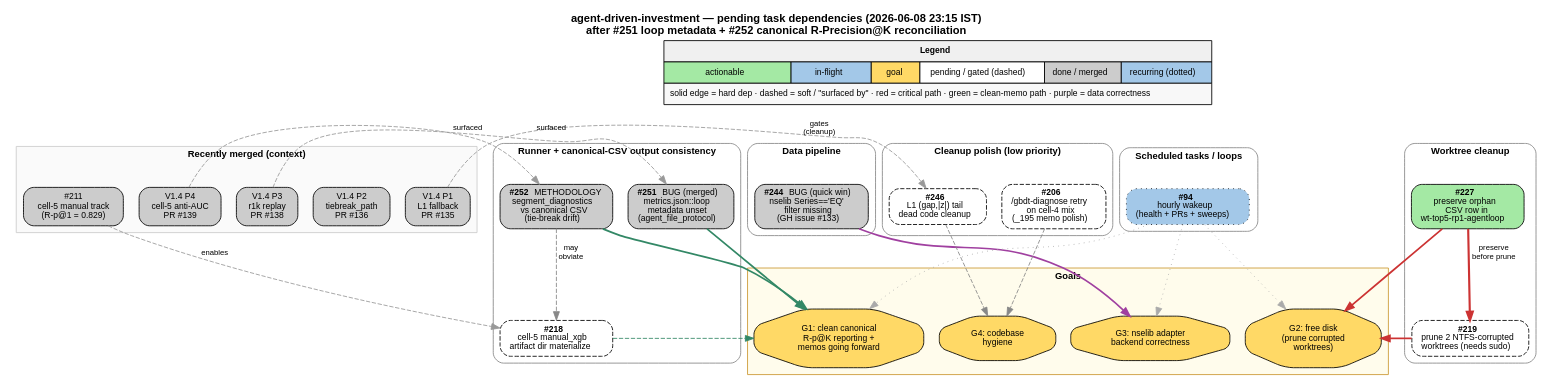
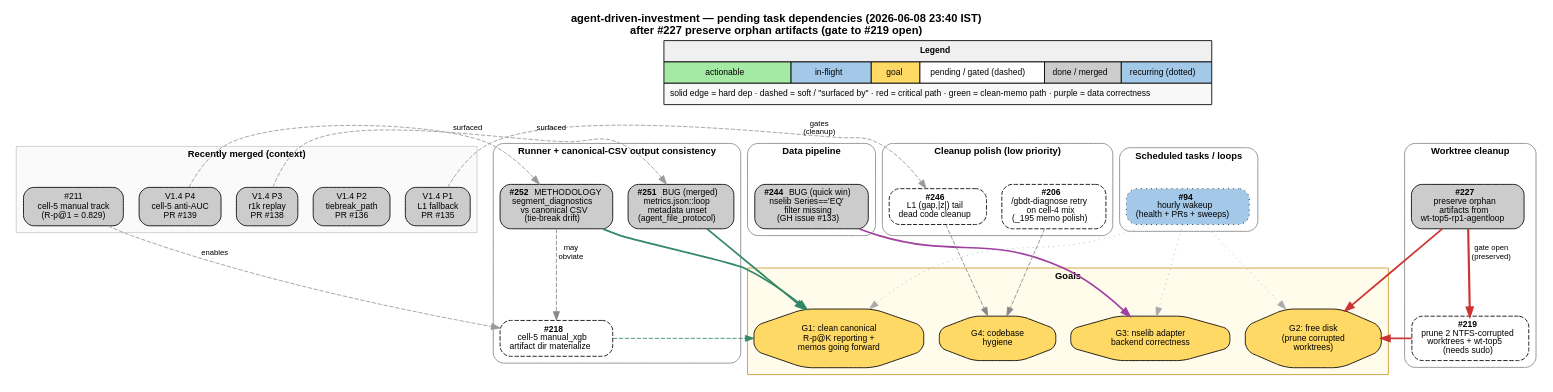
The diagram in docs/task_dependencies.dot (shayanrc/agent-driven-investment), drawn with Graphviz before and after one commit. The commit also changed 215 other files, not shown here.

```diff
--- a/docs/task_dependencies.dot
+++ b/docs/task_dependencies.dot
@@ -1,153 +1,153 @@
 digraph tasks {
   rankdir=TB;
   fontname="Helvetica";
   bgcolor="white";
   node [fontname="Helvetica", fontsize=10, shape=box, style="rounded,filled", margin="0.15,0.08"];
   edge [fontname="Helvetica", fontsize=9];
-  graph [labelloc="t", label="agent-driven-investment — pending task dependencies (2026-06-08 23:15 IST)\nafter #251 loop metadata + #252 canonical R-Precision@K reconciliation", fontsize=13, fontname="Helvetica-Bold"];
+  graph [labelloc="t", label="agent-driven-investment — pending task dependencies (2026-06-08 23:40 IST)\nafter #227 preserve orphan artifacts (gate to #219 open)", fontsize=13, fontname="Helvetica-Bold"];
 
   // Legend in isolated top rank
   {
     rank=source;
     legend [shape=none, margin=0, label=<
       <TABLE BORDER="0" CELLBORDER="1" CELLSPACING="0" CELLPADDING="6">
         <TR><TD COLSPAN="6" BGCOLOR="#f0f0f0"><B>Legend</B></TD></TR>
         <TR>
           <TD BGCOLOR="#a4e9a4">actionable</TD>
           <TD BGCOLOR="#a3c8e8">in-flight</TD>
           <TD BGCOLOR="#ffd966">goal</TD>
           <TD BGCOLOR="#ffffff">pending / gated (dashed)</TD>
           <TD BGCOLOR="#cccccc">done / merged</TD>
           <TD BGCOLOR="#a3c8e8">recurring (dotted)</TD>
         </TR>
         <TR><TD COLSPAN="6" BGCOLOR="#f8f8f8">solid edge = hard dep · dashed = soft / "surfaced by" · red = critical path · green = clean-memo path · purple = data correctness</TD></TR>
       </TABLE>
     >];
   }
 
   // Done cluster
   subgraph cluster_done {
     label = "Recently merged (context)";
     style = "filled";
     fillcolor = "#fafafa";
     color = "#cccccc";
     fontname = "Helvetica-Bold";
     fontsize = 11;
 
     v14p1 [label="V1.4 P1\nL1 fallback\nPR #135", fillcolor="#cccccc"];
     v14p2 [label="V1.4 P2\ntiebreak_path\nPR #136", fillcolor="#cccccc"];
     v14p3 [label="V1.4 P3\nr1k replay\nPR #138", fillcolor="#cccccc"];
     v14p4 [label="V1.4 P4\ncell-5 anti-AUC\nPR #139", fillcolor="#cccccc"];
     cell5_manual [label="#211\ncell-5 manual track\n(R-p@1 = 0.829)", fillcolor="#cccccc"];
   }
 
   // Runner / methodology cluster
   subgraph cluster_runner {
     label = "Runner + canonical-CSV output consistency";
     style = "rounded";
     color = "#888888";
     fontname = "Helvetica-Bold";
     fontsize = 11;
 
     t251 [label=<<B>#251</B> BUG (merged)<BR/>metrics.json::loop<BR/>metadata unset<BR/>(agent_file_protocol)>, fillcolor="#cccccc"];
     t252 [label=<<B>#252</B> METHODOLOGY<BR/>segment_diagnostics<BR/>vs canonical CSV<BR/>(tie-break drift)>, fillcolor="#cccccc"];
     t218 [label=<<B>#218</B><BR/>cell-5 manual_xgb<BR/>artifact dir materialize>, fillcolor="#ffffff", style="rounded,filled,dashed"];
   }
 
   // Data pipeline
   subgraph cluster_data {
     label = "Data pipeline";
     style = "rounded";
     color = "#888888";
     fontname = "Helvetica-Bold";
     fontsize = 11;
 
     t244 [label=<<B>#244</B> BUG (quick win)<BR/>nselib Series=='EQ'<BR/>filter missing<BR/>(GH issue #133)>, fillcolor="#cccccc"];
   }
 
   // Worktree cleanup cluster
   subgraph cluster_worktree {
     label = "Worktree cleanup";
     style = "rounded";
     color = "#888888";
     fontname = "Helvetica-Bold";
     fontsize = 11;
 
-    t227 [label=<<B>#227</B><BR/>preserve orphan<BR/>CSV row in<BR/>wt-top5-rp1-agentloop>, fillcolor="#a4e9a4"];
-    t219 [label=<<B>#219</B><BR/>prune 2 NTFS-corrupted<BR/>worktrees (needs sudo)>, fillcolor="#ffffff", style="rounded,filled,dashed"];
+    t227 [label=<<B>#227</B><BR/>preserve orphan<BR/>artifacts from<BR/>wt-top5-rp1-agentloop>, fillcolor="#cccccc"];
+    t219 [label=<<B>#219</B><BR/>prune 2 NTFS-corrupted<BR/>worktrees + wt-top5<BR/>(needs sudo)>, fillcolor="#ffffff", style="rounded,filled,dashed"];
   }
 
   // Cleanup polish
   subgraph cluster_cleanup {
     label = "Cleanup polish (low priority)";
     style = "rounded";
     color = "#888888";
     fontname = "Helvetica-Bold";
     fontsize = 11;
 
     t246 [label=<<B>#246</B><BR/>L1 (gap,|z|) tail<BR/>dead code cleanup>, fillcolor="#ffffff", style="rounded,filled,dashed"];
     t206 [label=<<B>#206</B><BR/>/gbdt-diagnose retry<BR/>on cell-4 mix<BR/>(_195 memo polish)>, fillcolor="#ffffff", style="rounded,filled,dashed"];
   }
 
   // Scheduled / recurring
   subgraph cluster_recurring {
     label = "Scheduled tasks / loops";
     style = "rounded";
     color = "#888888";
     fontname = "Helvetica-Bold";
     fontsize = 11;
 
     t94 [label=<<B>#94</B><BR/>hourly wakeup<BR/>(health + PRs + sweeps)>, fillcolor="#a3c8e8", style="rounded,filled,dotted"];
   }
 
   // Goals
   subgraph cluster_goals {
     label = "Goals";
     style = "filled";
     fillcolor = "#fffcec";
     color = "#cc9933";
     fontname = "Helvetica-Bold";
     fontsize = 11;
 
     g1 [label="G1: clean canonical\nR-p@K reporting +\nmemos going forward", fillcolor="#ffd966", shape=octagon];
     g2 [label="G2: free disk\n(prune corrupted\nworktrees)", fillcolor="#ffd966", shape=octagon];
     g3 [label="G3: nselib adapter\nbackend correctness", fillcolor="#ffd966", shape=octagon];
     g4 [label="G4: codebase\nhygiene", fillcolor="#ffd966", shape=octagon];
   }
 
   // Invisible anchor edges (legend → cluster tops)
   legend -> v14p1 [style="invis", weight=100];
   legend -> t251 [style="invis", weight=100];
   legend -> t244 [style="invis", weight=100];
   legend -> t227 [style="invis", weight=100];
   legend -> t246 [style="invis", weight=100];
   legend -> t94 [style="invis", weight=100];
   legend -> g1 [style="invis", weight=100];
 
   // Done → pending: "surfaced by" / "gates" edges
   v14p3 -> t251 [style="dashed", color="#999999", label="surfaced"];
   v14p4 -> t252 [style="dashed", color="#999999", label="surfaced"];
   v14p1 -> t246 [style="dashed", color="#999999", label="gates\n(cleanup)"];
   cell5_manual -> t218 [style="dashed", color="#999999", label="enables"];
 
   // Hard deps within pending
-  t227 -> t219 [color="#cc3333", penwidth=2.5, label="preserve\nbefore prune"];
+  t227 -> t219 [color="#cc3333", penwidth=2.5, label="gate open\n(preserved)"];
 
   // Soft deps: #252 may obviate #218
   t252 -> t218 [style="dashed", color="#888888", label="may\nobviate"];
 
   // Pending → goals (colored per workstream)
   t251 -> g1 [color="#338866", penwidth=2];
   t252 -> g1 [color="#338866", penwidth=2];
   t218 -> g1 [style="dashed", color="#338866"];
   t227 -> g2 [color="#cc3333", penwidth=2];
   t219 -> g2 [color="#cc3333", penwidth=2];
   t244 -> g3 [color="#a040a0", penwidth=2];
   t246 -> g4 [style="dashed", color="#888888"];
   t206 -> g4 [style="dashed", color="#888888"];
 
   // Recurring task supervises (dotted)
   t94 -> g1 [style="dotted", color="#aaaaaa"];
   t94 -> g2 [style="dotted", color="#aaaaaa"];
   t94 -> g3 [style="dotted", color="#aaaaaa"];
 }
```
